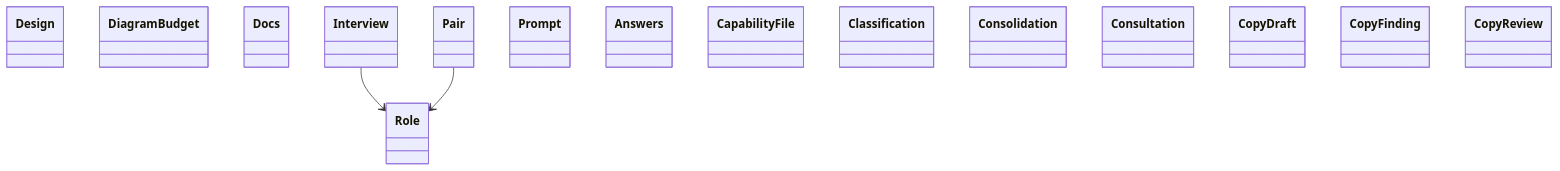
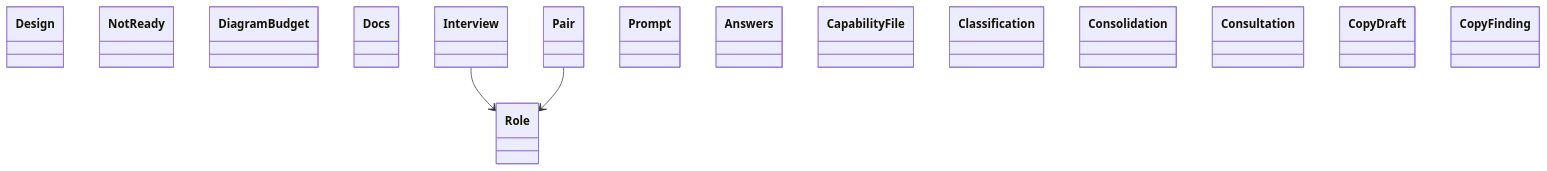
Before and after one commit to GonzaloZevallos/agentic-system: the diagram in docs/architecture/generated/classes-process-domain-roles-1.md, drawn with Mermaid. The commit also changed other lines of this file and 16 other files, not shown here.

First line of the commit message:
Say a sample app whose wait lapsed as NotReady, apart from a command that failed

````diff
--- a/docs/architecture/generated/classes-process-domain-roles-1.md
+++ b/docs/architecture/generated/classes-process-domain-roles-1.md
@@ -21,20 +21,20 @@
 ```mermaid
 classDiagram
     class design__Design["Design"]
+    class design__NotReady["NotReady"]
     class docs__DiagramBudget["DiagramBudget"]
     class docs__Docs["Docs"]
     class roles__Interview["Interview"]
     class roles__Pair["Pair"]
     class roles__Prompt["Prompt"]
     class roles__Role["Role"]
     class schemas__Answers["Answers"]
     class schemas__CapabilityFile["CapabilityFile"]
     class schemas__Classification["Classification"]
     class schemas__Consolidation["Consolidation"]
     class schemas__Consultation["Consultation"]
     class schemas__CopyDraft["CopyDraft"]
     class schemas__CopyFinding["CopyFinding"]
-    class schemas__CopyReview["CopyReview"]
     roles__Interview --> roles__Role
     roles__Pair --> roles__Role
 ```
````
